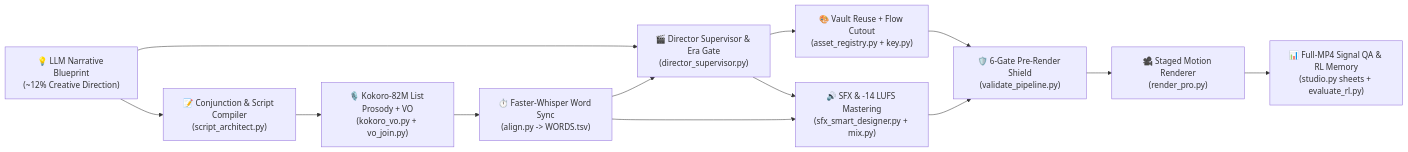
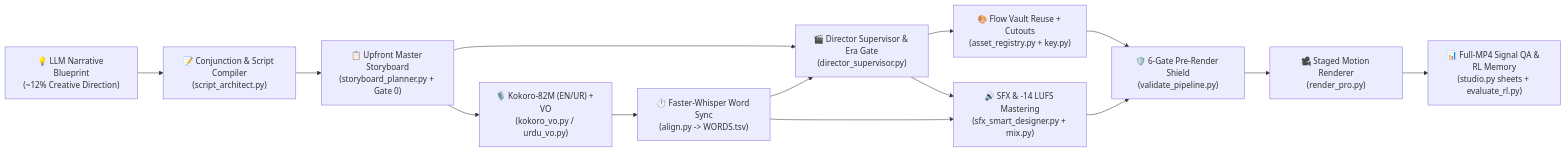
Before and after one commit to Ahmeds-Library/stickman-animation-engine: the diagram in README.md, drawn with Mermaid. The commit also changed other lines of this file and 443 other files, not shown here.

````diff
--- a/README.md
+++ b/README.md
@@ -22,12 +22,13 @@
 ```mermaid
 flowchart LR
     A["💡 LLM Narrative Blueprint<br/>(~12% Creative Direction)"] --> B["📝 Conjunction & Script Compiler<br/>(script_architect.py)"]
-    B --> C["🎙️ Kokoro-82M List Prosody + VO<br/>(kokoro_vo.py + vo_join.py)"]
-    C --> D["⏱️ Faster-Whisper Word Sync<br/>(align.py -> WORDS.tsv)"]
-    A & D --> E["🎬 Director Supervisor & Era Gate<br/>(director_supervisor.py)"]
-    E --> F["🎨 Vault Reuse + Flow Cutout<br/>(asset_registry.py + key.py)"]
-    E & D --> G["🔊 SFX & -14 LUFS Mastering<br/>(sfx_smart_designer.py + mix.py)"]
-    F & G --> H["🛡️ 6-Gate Pre-Render Shield<br/>(validate_pipeline.py)"]
-    H --> I["🎥 Staged Motion Renderer<br/>(render_pro.py)"]
-    I --> J["📊 Full-MP4 Signal QA & RL Memory<br/>(studio.py sheets + evaluate_rl.py)"]
+    B --> C["📋 Upfront Master Storyboard<br/>(storyboard_planner.py + Gate 0)"]
+    C --> D["🎙️ Kokoro-82M (EN/UR) + VO<br/>(kokoro_vo.py / urdu_vo.py)"]
+    D --> E["⏱️ Faster-Whisper Word Sync<br/>(align.py -> WORDS.tsv)"]
+    C & E --> F["🎬 Director Supervisor & Era Gate<br/>(director_supervisor.py)"]
+    F --> G["🎨 Flow Vault Reuse + Cutouts<br/>(asset_registry.py + key.py)"]
+    F & E --> H["🔊 SFX & -14 LUFS Mastering<br/>(sfx_smart_designer.py + mix.py)"]
+    G & H --> I["🛡️ 6-Gate Pre-Render Shield<br/>(validate_pipeline.py)"]
+    I --> J["🎥 Staged Motion Renderer<br/>(render_pro.py)"]
+    J --> K["📊 Full-MP4 Signal QA & RL Memory<br/>(studio.py sheets + evaluate_rl.py)"]
 ```
````
